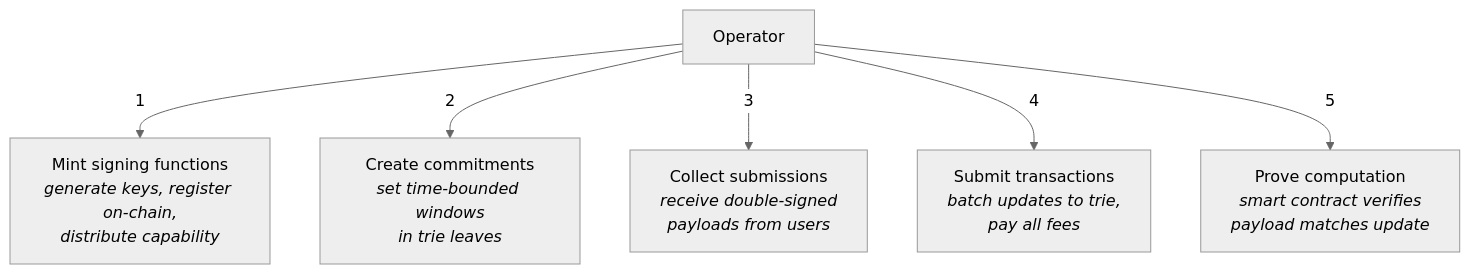
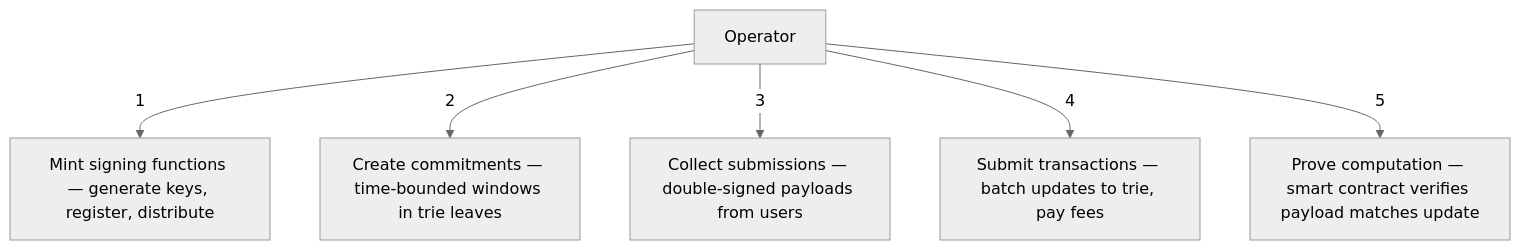
One commit to lambdasistemi/cardano-for-regulators changed the eighth of 19 diagrams in docs/framework/schema.md. Above: the diagram before and after it, drawn with Mermaid (neutral theme). The commit also changed other lines of this file and 1 other file, not shown here.

First line of the commit message:
fix: replace HTML tags in mermaid node labels with plain text

````diff
--- a/docs/framework/schema.md
+++ b/docs/framework/schema.md
@@ -345,8 +345,8 @@
 ```mermaid
 graph TD
-    OP[Operator] -->|1| MK[Mint signing functions<br/><i>generate keys, register on-chain,<br/>distribute capability</i>]
-    OP -->|2| CC[Create commitments<br/><i>set time-bounded windows<br/>in trie leaves</i>]
-    OP -->|3| CS[Collect submissions<br/><i>receive double-signed<br/>payloads from users</i>]
-    OP -->|4| ST[Submit transactions<br/><i>batch updates to trie,<br/>pay all fees</i>]
-    OP -->|5| PC[Prove computation<br/><i>smart contract verifies<br/>payload matches update</i>]
+    OP[Operator] -->|1| MK["Mint signing functions — generate keys, register, distribute"]
+    OP -->|2| CC["Create commitments — time-bounded windows in trie leaves"]
+    OP -->|3| CS["Collect submissions — double-signed payloads from users"]
+    OP -->|4| ST["Submit transactions — batch updates to trie, pay fees"]
+    OP -->|5| PC["Prove computation — smart contract verifies payload matches update"]
 ```
````
